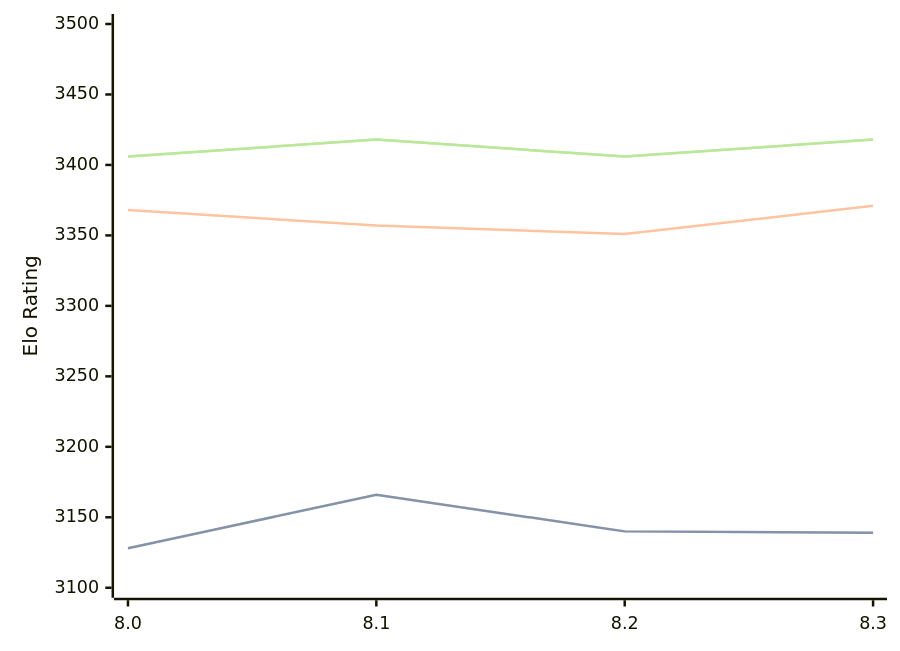
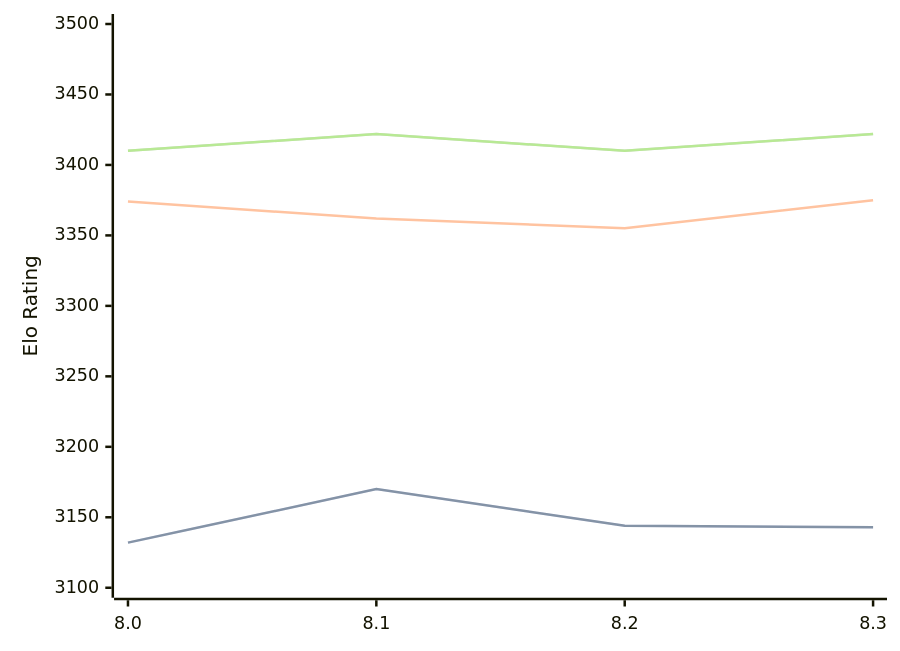
The diagram in engines/Alexander.md (computer-chess-index/cci), drawn with Mermaid before and after one commit. The commit also changed other lines of this file, not shown here.

Commit message:
Update CCI Ratings (ELO VLTC) - 2026-08-18

````diff
--- a/engines/Alexander.md
+++ b/engines/Alexander.md
@@ -34,11 +34,11 @@
 ```mermaid
 %%{init: {"theme":"base","themeVariables":{"seriesColors:['#a3a3a3','#222221','#faa371']}}}%%
 xychart-beta
   x-axis ["8.0", "8.1", "8.2", "8.3"]
   y-axis "Elo Rating" 3100 --> 3500
-  line "STC (8.0+0.08s)" [3128, 3166, 3140, 3139]
-  line "STC (8.0+0.08s)" [3128, 3166, 3140, 3139]
-  line "LTC (60.0+0.60s)" [3368, 3357, 3351, 3371]
-  line "VLTC (2m24s+1.12s)" [3406, 3418, 3406, 3418]
-  line "VLTC (2m24s+1.12s)" [3406, 3418, 3406, 3418]
+  line "STC (8.0+0.08s)" [3132, 3170, 3144, 3143]
+  line "STC (8.0+0.08s)" [3132, 3170, 3144, 3143]
+  line "LTC (60.0+0.60s)" [3374, 3362, 3355, 3375]
+  line "VLTC (2m24s+1.12s)" [3410, 3422, 3410, 3422]
+  line "VLTC (2m24s+1.12s)" [3410, 3422, 3410, 3422]
 ```
````
